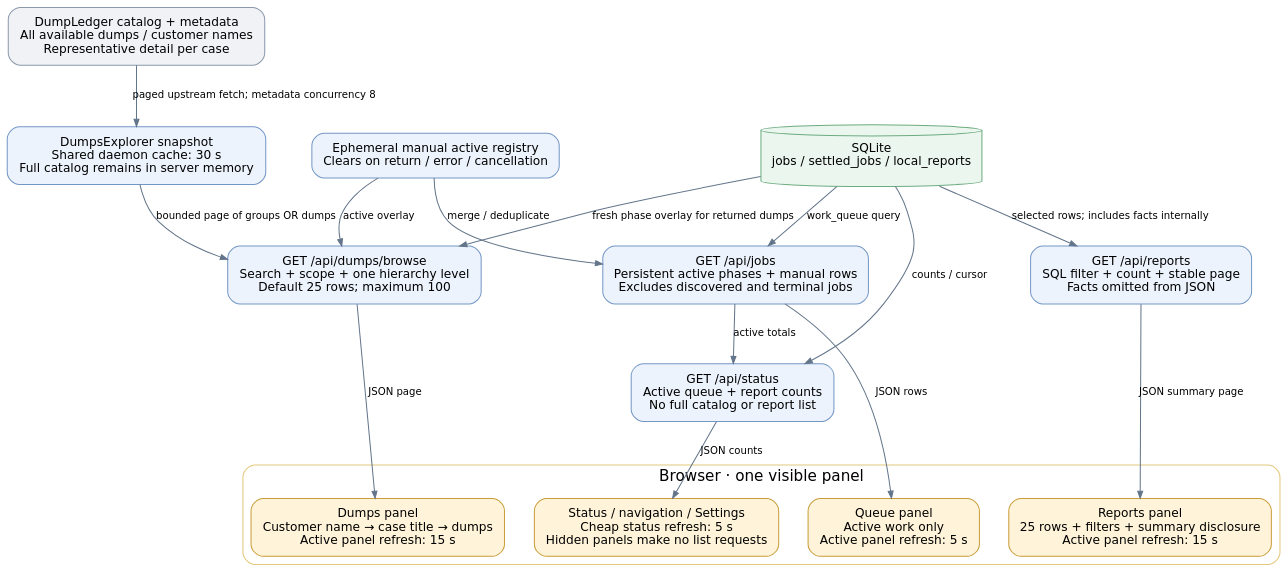
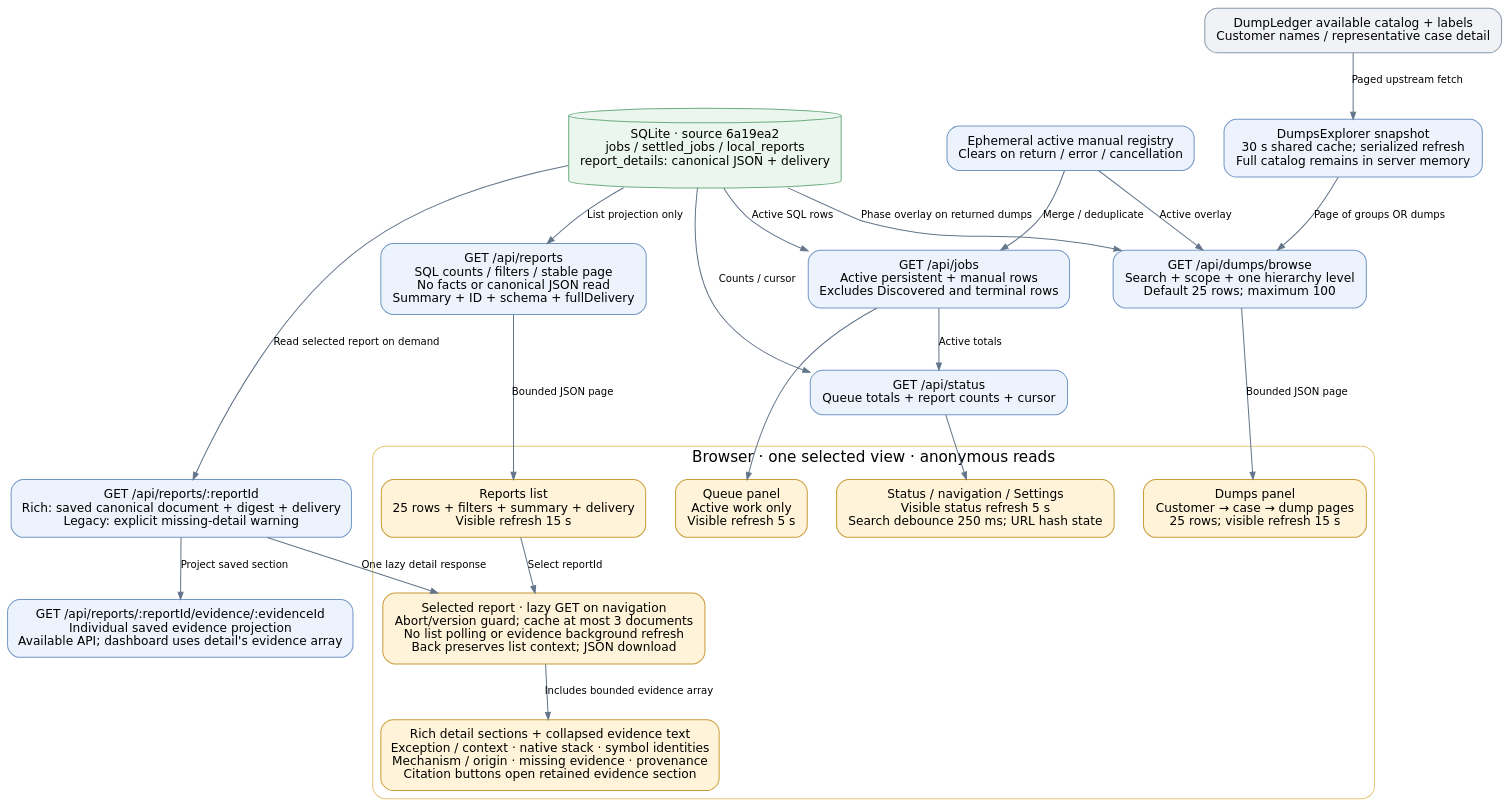
The diagram in docs/architecture/ui-data.dot (NzSN/DumpAnalyzer), drawn with Graphviz before and after one commit. The commit also changed 24 other files, not shown here.

First line of the commit message:
Docs: refresh architecture and guides for current analyzer behavior

```diff
--- a/docs/architecture/ui-data.dot
+++ b/docs/architecture/ui-data.dot
@@ -1,33 +1,42 @@
 digraph UiData {
-  graph [rankdir=TB, bgcolor="transparent", pad="0.25", nodesep="0.4", ranksep="0.65", fontname="DejaVu Sans", fontsize=15];
+  graph [rankdir=TB, bgcolor="transparent", pad="0.25", nodesep="0.4", ranksep="0.6", fontname="DejaVu Sans", fontsize=15];
   node [shape=box, style="rounded,filled", fillcolor="#edf3fc", color="#7397c5", fontname="DejaVu Sans", fontsize=12, margin="0.16,0.12"];
   edge [color="#63758a", fontname="DejaVu Sans", fontsize=10, arrowsize=0.7];
-  ledger [label="DumpLedger catalog + metadata\nAll available dumps / customer names\nRepresentative detail per case", fillcolor="#f0f2f5", color="#8a99aa"];
-  cache [label="DumpsExplorer snapshot\nShared daemon cache: 30 s\nFull catalog remains in server memory"];
+  ledger [label="DumpLedger available catalog + labels\nCustomer names / representative case detail", fillcolor="#f0f2f5", color="#8a99aa"];
+  cache [label="DumpsExplorer snapshot\n30 s shared cache; serialized refresh\nFull catalog remains in server memory"];
   browse [label="GET /api/dumps/browse\nSearch + scope + one hierarchy level\nDefault 25 rows; maximum 100"];
-  db [label="SQLite\njobs / settled_jobs / local_reports", shape=cylinder, fillcolor="#eaf6ee", color="#6eac81"];
-  manual [label="Ephemeral manual active registry\nClears on return / error / cancellation"];
-  queue [label="GET /api/jobs\nPersistent active phases + manual rows\nExcludes discovered and terminal jobs"];
-  reports [label="GET /api/reports\nSQL filter + count + stable page\nFacts omitted from JSON"];
-  status [label="GET /api/status\nActive queue + report counts\nNo full catalog or report list"];
+  db [label="SQLite · source 6a19ea2\njobs / settled_jobs / local_reports\nreport_details: canonical JSON + delivery", shape=cylinder, fillcolor="#eaf6ee", color="#6eac81"];
+  manual [label="Ephemeral active manual registry\nClears on return / error / cancellation"];
+  queue [label="GET /api/jobs\nActive persistent + manual rows\nExcludes Discovered and terminal rows"];
+  reports [label="GET /api/reports\nSQL counts / filters / stable page\nNo facts or canonical JSON read\nSummary + ID + schema + fullDelivery"];
+  detail [label="GET /api/reports/:reportId\nRich: saved canonical document + digest + delivery\nLegacy: explicit missing-detail warning"];
+  evidence [label="GET /api/reports/:reportId/evidence/:evidenceId\nIndividual saved evidence projection\nAvailable API; dashboard uses detail's evidence array"];
+  status [label="GET /api/status\nQueue totals + report counts + cursor"];
   subgraph cluster_browser {
-    label="Browser · one visible panel"; color="#e3c77b"; style=rounded;
-    dumps_panel [label="Dumps panel\nCustomer name → case title → dumps\nActive panel refresh: 15 s", fillcolor="#fff4d9", color="#c99c39"];
-    queue_panel [label="Queue panel\nActive work only\nActive panel refresh: 5 s", fillcolor="#fff4d9", color="#c99c39"];
-    reports_panel [label="Reports panel\n25 rows + filters + summary disclosure\nActive panel refresh: 15 s", fillcolor="#fff4d9", color="#c99c39"];
-    chrome [label="Status / navigation / Settings\nCheap status refresh: 5 s\nHidden panels make no list requests", fillcolor="#fff4d9", color="#c99c39"];
+    label="Browser · one selected view · anonymous reads"; color="#e3c77b"; style=rounded;
+    dumps_panel [label="Dumps panel\nCustomer → case → dump pages\n25 rows; visible refresh 15 s", fillcolor="#fff4d9", color="#c99c39"];
+    queue_panel [label="Queue panel\nActive work only\nVisible refresh 5 s", fillcolor="#fff4d9", color="#c99c39"];
+    reports_panel [label="Reports list\n25 rows + filters + summary + delivery\nVisible refresh 15 s", fillcolor="#fff4d9", color="#c99c39"];
+    detail_panel [label="Selected report · lazy GET on navigation\nAbort/version guard; cache at most 3 documents\nNo list polling or evidence background refresh\nBack preserves list context; JSON download", fillcolor="#fff4d9", color="#c99c39"];
+    sections [label="Rich detail sections + collapsed evidence text\nException / context · native stack · symbol identities\nMechanism / origin · missing evidence · provenance\nCitation buttons open retained evidence section", fillcolor="#fff4d9", color="#c99c39"];
+    chrome [label="Status / navigation / Settings\nVisible status refresh 5 s\nSearch debounce 250 ms; URL hash state", fillcolor="#fff4d9", color="#c99c39"];
   }
-  ledger -> cache [label="paged upstream fetch; metadata concurrency 8"];
-  cache -> browse [label="bounded page of groups OR dumps"];
-  db -> browse [label="fresh phase overlay for returned dumps"];
-  manual -> browse [label="active overlay"];
-  db -> queue [label="work_queue query"];
-  manual -> queue [label="merge / deduplicate"];
-  db -> reports [label="selected rows; includes facts internally"];
-  db -> status [label="counts / cursor"];
-  queue -> status [label="active totals"];
-  browse -> dumps_panel [label="JSON page"];
-  queue -> queue_panel [label="JSON rows"];
-  reports -> reports_panel [label="JSON summary page"];
-  status -> chrome [label="JSON counts"];
+  ledger -> cache [label="Paged upstream fetch"];
+  cache -> browse [label="Page of groups OR dumps"];
+  db -> browse [label="Phase overlay on returned dumps"];
+  manual -> browse [label="Active overlay"];
+  db -> queue [label="Active SQL rows"];
+  manual -> queue [label="Merge / deduplicate"];
+  db -> reports [label="List projection only"];
+  db -> detail [label="Read selected report on demand"];
+  detail -> evidence [label="Project saved section"];
+  db -> status [label="Counts / cursor"];
+  queue -> status [label="Active totals"];
+  browse -> dumps_panel [label="Bounded JSON page"];
+  queue -> queue_panel;
+  reports -> reports_panel [label="Bounded JSON page"];
+  reports_panel -> detail_panel [label="Select reportId"];
+  detail -> detail_panel [label="One lazy detail response"];
+  detail_panel -> sections [label="Includes bounded evidence array"];
+  status -> chrome;
 }
```
